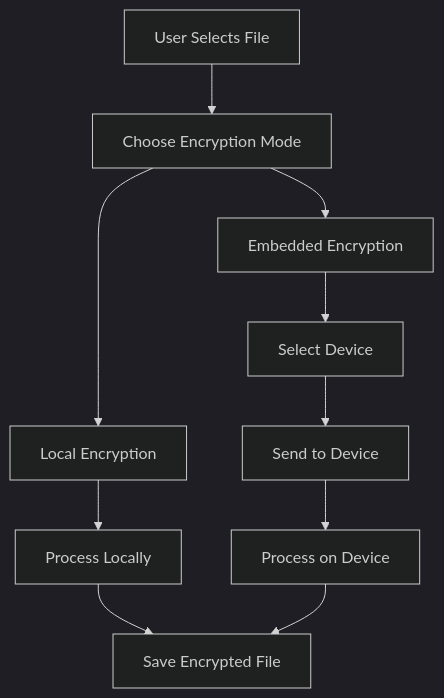
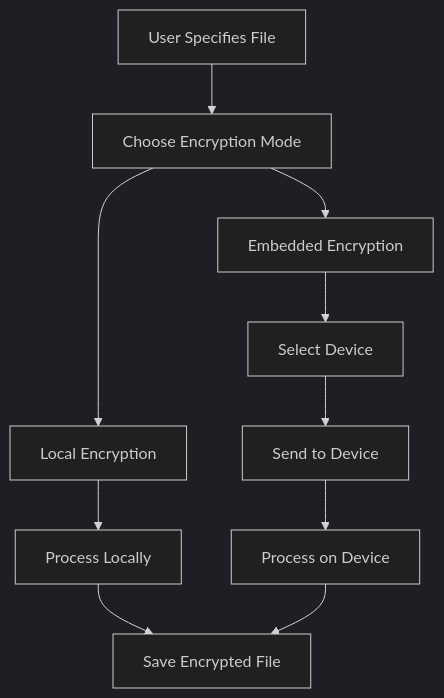
Before and after one commit to shahern004/CRUSTy-Core: the sixth of 7 diagrams in Documentation/CRUSTY-Core_System_Design.md, drawn with Mermaid (dark theme). The commit also changed other lines of this file, not shown here.

````diff
--- a/Documentation/CRUSTY-Core_System_Design.md
+++ b/Documentation/CRUSTY-Core_System_Design.md
@@ -482,12 +563,12 @@
 ```mermaid
 graph TD
-    A[User Selects File] --> B[Choose Encryption Mode]
+    A[User Specifies File] --> B[Choose Encryption Mode]
     B --> C[Local Encryption]
     B --> D[Embedded Encryption]
     C --> E[Process Locally]
     D --> F[Select Device]
     F --> G[Send to Device]
     G --> H[Process on Device]
     E --> I[Save Encrypted File]
     H --> I
 ```
````
